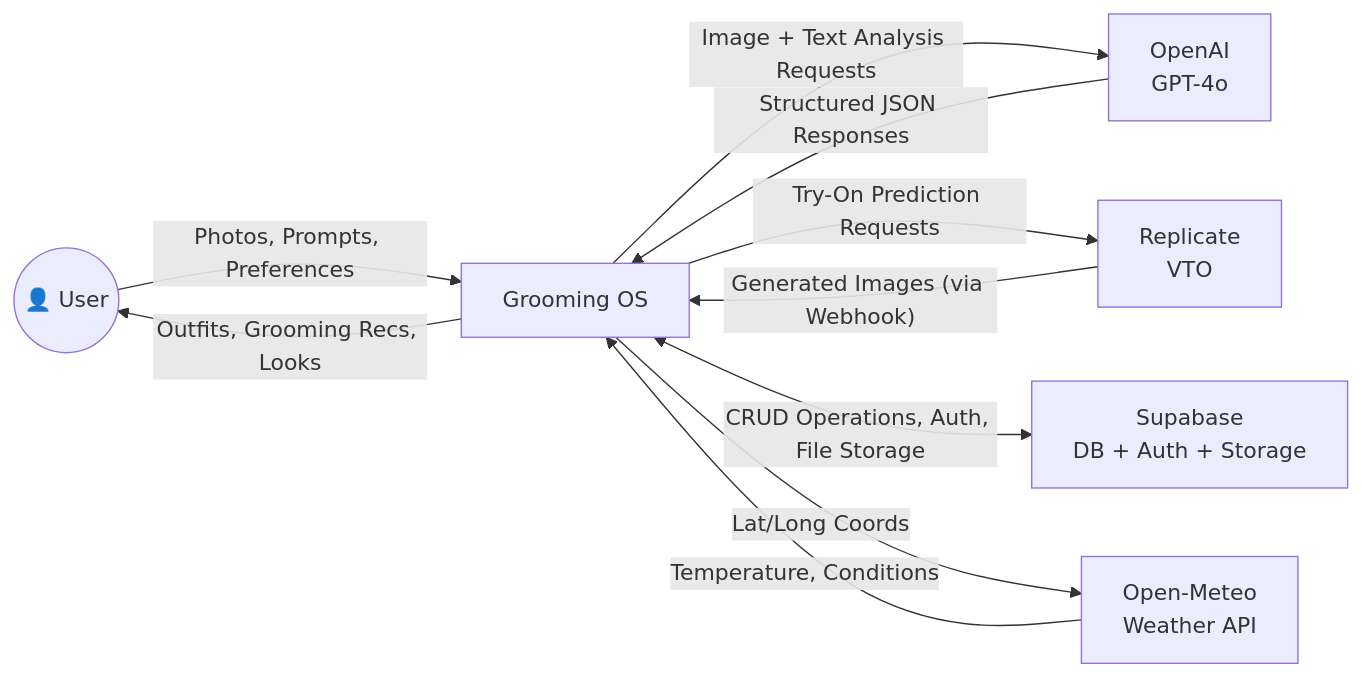
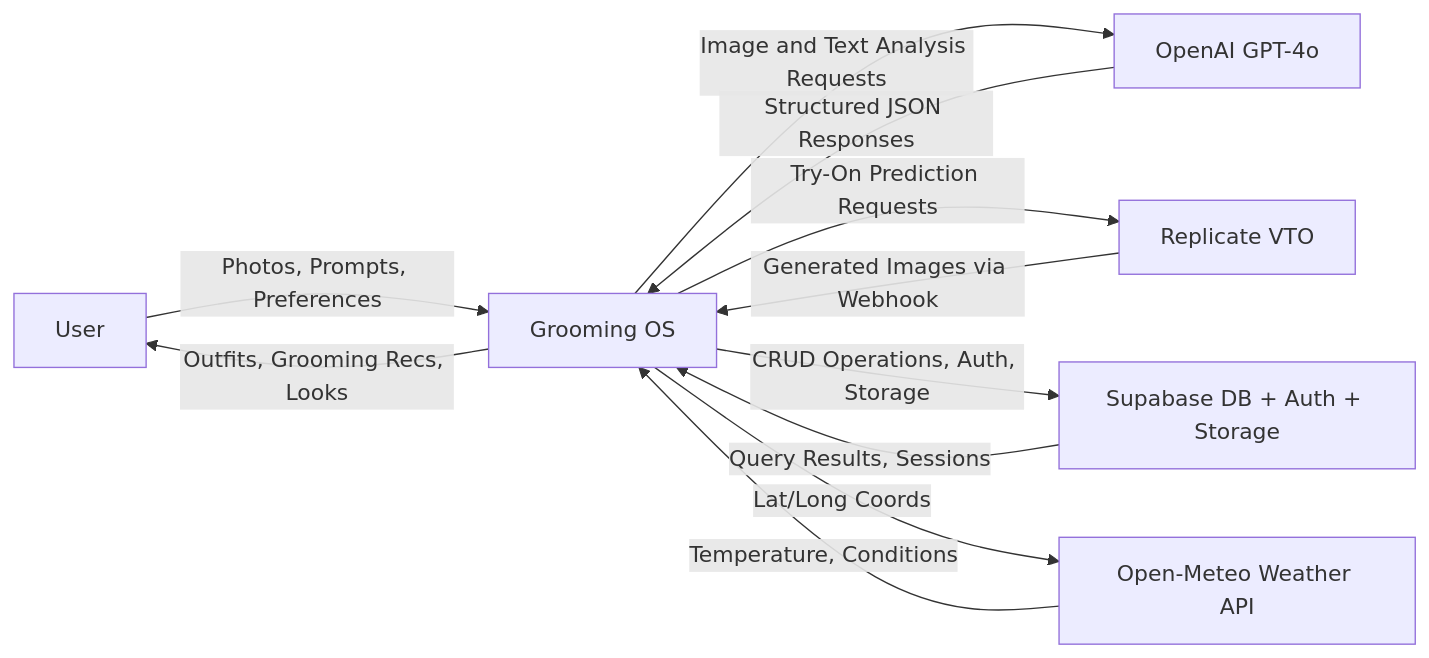
Before and after one commit to ompurwar/grooming-os: the fourth of 12 diagrams in docs/ARCHITECTURE.md, drawn with Mermaid. The commit also changed other lines of this file and 8 other files, not shown here.

Commit message:
fix: resolve Mermaid parse errors in architecture diagrams

````diff
--- a/docs/ARCHITECTURE.md
+++ b/docs/ARCHITECTURE.md
@@ -212,23 +212,24 @@
 ```mermaid
 graph LR
-    User(("👤 User"))
+    User["User"]
     System["Grooming OS"]
-    OpenAI["OpenAI<br/>GPT-4o"]
-    Replicate["Replicate<br/>VTO"]
-    Supabase["Supabase<br/>DB + Auth + Storage"]
-    Weather["Open-Meteo<br/>Weather API"]
+    OpenAI["OpenAI GPT-4o"]
+    ReplicateVTO["Replicate VTO"]
+    SupabaseDB["Supabase DB + Auth + Storage"]
+    WeatherSvc["Open-Meteo Weather API"]
 
     User -->|"Photos, Prompts, Preferences"| System
     System -->|"Outfits, Grooming Recs, Looks"| User
 
-    System -->|"Image + Text Analysis Requests"| OpenAI
+    System -->|"Image and Text Analysis Requests"| OpenAI
     OpenAI -->|"Structured JSON Responses"| System
 
-    System -->|"Try-On Prediction Requests"| Replicate
-    Replicate -->|"Generated Images (via Webhook)"| System
+    System -->|"Try-On Prediction Requests"| ReplicateVTO
+    ReplicateVTO -->|"Generated Images via Webhook"| System
 
-    System <-->|"CRUD Operations, Auth, File Storage"| Supabase
+    System -->|"CRUD Operations, Auth, Storage"| SupabaseDB
+    SupabaseDB -->|"Query Results, Sessions"| System
 
-    System -->|"Lat/Long Coords"| Weather
-    Weather -->|"Temperature, Conditions"| System
+    System -->|"Lat/Long Coords"| WeatherSvc
+    WeatherSvc -->|"Temperature, Conditions"| System
 ```
````
